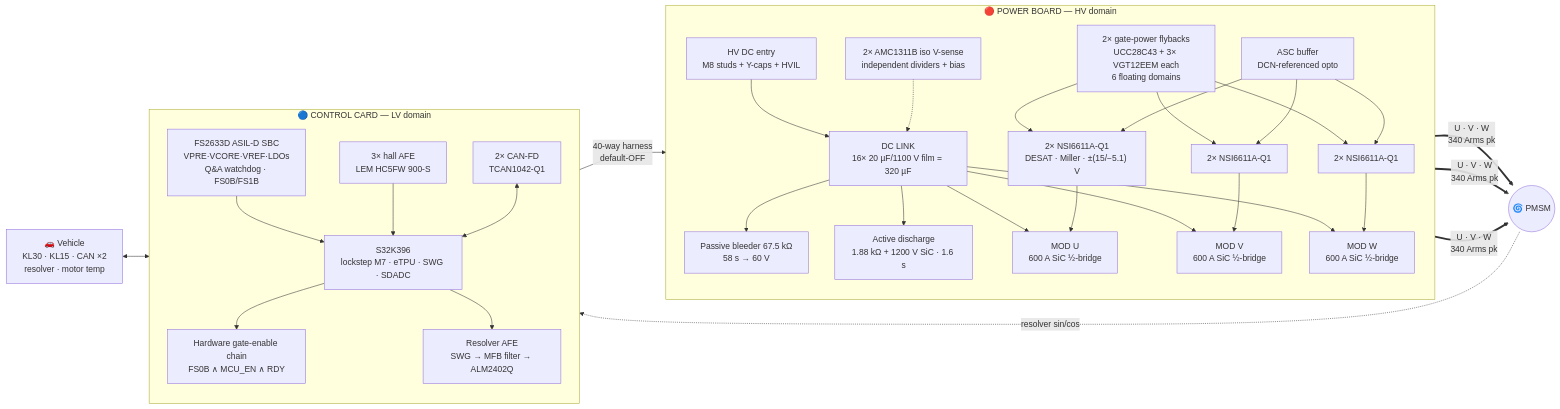
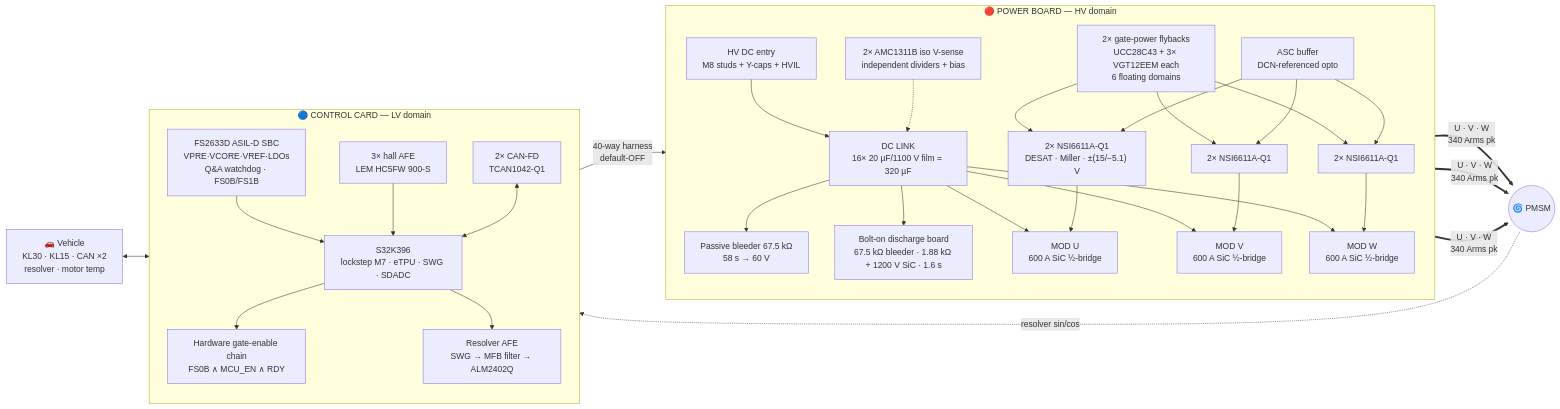
The first of 9 diagrams in README.md (vectivolt/Traction-Inverter-GEN-1), drawn with Mermaid before and after one commit. The commit also changed other lines of this file and 26 other files, not shown here.

First line of the commit message:
Split discharge onto a bolt-on board (XM3 pattern), 3-sheet set

````diff
--- a/README.md
+++ b/README.md
@@ -147,35 +150,35 @@
 ```mermaid
 flowchart LR
   subgraph HV["🔴 POWER BOARD — HV domain"]
     direction TB
     DCIN["HV DC entry<br/>M8 studs + Y-caps + HVIL"] --> LINK["DC LINK<br/>16× 20 µF/1100 V film = 320 µF"]
     LINK --> BLEED["Passive bleeder 67.5 kΩ<br/>58 s → 60 V"]
-    LINK --> ADIS["Active discharge<br/>1.88 kΩ + 1200 V SiC · 1.6 s"]
+    LINK --> ADIS["Bolt-on discharge board<br/>67.5 kΩ bleeder · 1.88 kΩ + 1200 V SiC · 1.6 s"]
     LINK --> MU["MOD U<br/>600 A SiC ½-bridge"]
     LINK --> MV["MOD V<br/>600 A SiC ½-bridge"]
     LINK --> MW["MOD W<br/>600 A SiC ½-bridge"]
     GDU["2× NSI6611A-Q1<br/>DESAT · Miller · ±(15/−5.1) V"] --> MU
     GDV["2× NSI6611A-Q1"] --> MV
     GDW["2× NSI6611A-Q1"] --> MW
     FLY["2× gate-power flybacks<br/>UCC28C43 + 3× VGT12EEM each<br/>6 floating domains"] --> GDU & GDV & GDW
     VDC["2× AMC1311B iso V-sense<br/>independent dividers + bias"] -.-> LINK
     ASC["ASC buffer<br/>DCN-referenced opto"] --> GDU & GDV & GDW
   end
 
   subgraph LV["🔵 CONTROL CARD — LV domain"]
     direction TB
     SBC["FS2633D ASIL-D SBC<br/>VPRE·VCORE·VREF·LDOs<br/>Q&A watchdog · FS0B/FS1B"] --> MCU["S32K396<br/>lockstep M7 · eTPU · SWG · SDADC"]
     MCU --> SAFE["Hardware gate-enable chain<br/>FS0B ∧ MCU_EN ∧ RDY"]
     MCU --> RSLV["Resolver AFE<br/>SWG → MFB filter → ALM2402Q"]
     HALL["3× hall AFE<br/>LEM HC5FW 900-S"] --> MCU
     CAN["2× CAN-FD<br/>TCAN1042-Q1"] <--> MCU
   end
 
   MOTOR(("🌀 PMSM"))
   VEH["🚗 Vehicle<br/>KL30 · KL15 · CAN ×2<br/>resolver · motor temp"]
 
   MU & MV & MW ==>|"U · V · W<br/>340 Arms pk"| MOTOR
   SAFE -->|"40-way harness<br/>default-OFF"| GDU
   VEH <--> LV
   MOTOR -.->|resolver sin/cos| RSLV
 ```
````
